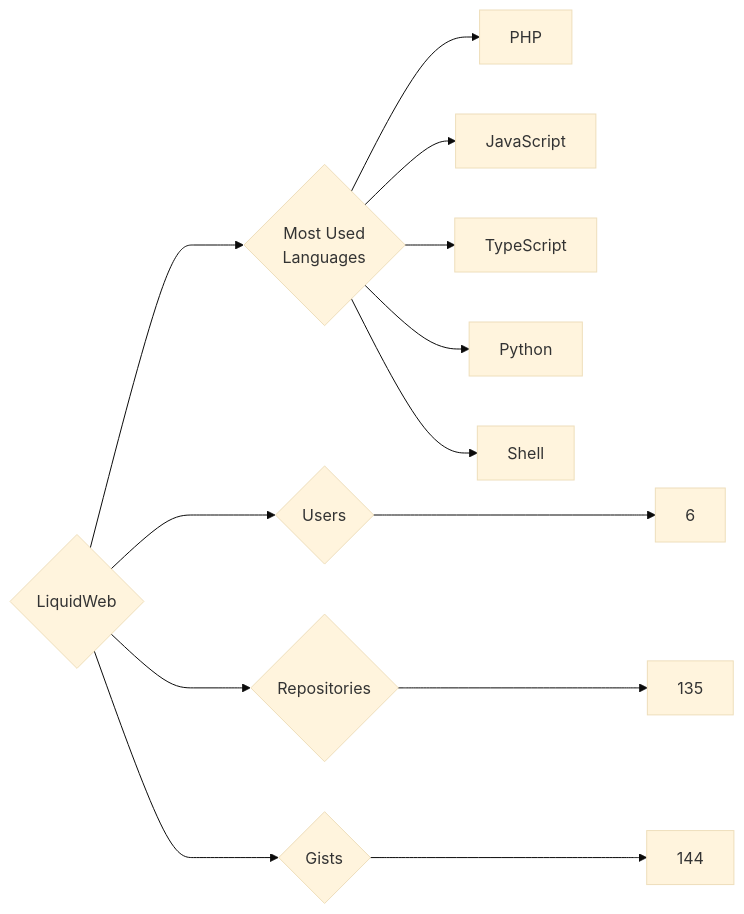
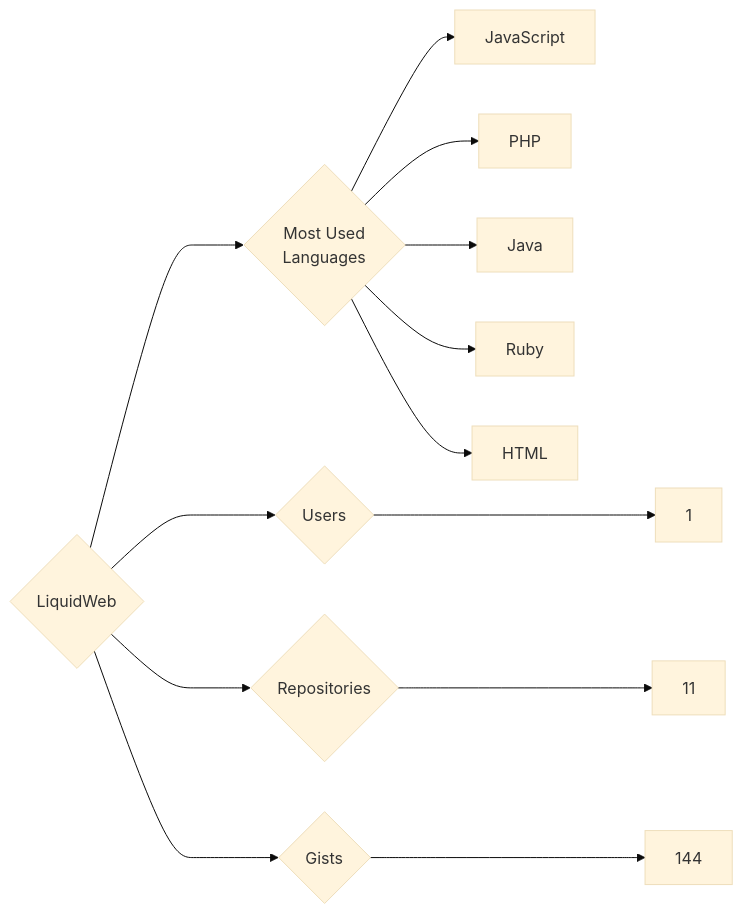
Before and after one commit to trickest/insiders: the diagram in targets/LiquidWeb/README.md, drawn with Mermaid (base theme). The commit also changed 1496 other files, not shown here.

````diff
--- a/targets/LiquidWeb/README.md
+++ b/targets/LiquidWeb/README.md
@@ -3,13 +3,13 @@
 ```mermaid
 graph LR
 COMPANY_NAME{LiquidWeb}
-COMPANY_NAME ---> U{Users} ---> UN[6]
-COMPANY_NAME ---> R{Repositories} ---> RN[135]
+COMPANY_NAME ---> U{Users} ---> UN[1]
+COMPANY_NAME ---> R{Repositories} ---> RN[11]
 COMPANY_NAME ---> G{Gists} ---> GN[144]
 COMPANY_NAME ---> ML{Most Used<br>Languages}
+ML --> JavaScript[JavaScript]
 ML --> PHP[PHP]
-ML --> JavaScript[JavaScript]
-ML --> TypeScript[TypeScript]
-ML --> Python[Python]
-ML --> Shell[Shell]
+ML --> Java[Java]
+ML --> Ruby[Ruby]
+ML --> HTML[HTML]
 ```
````
